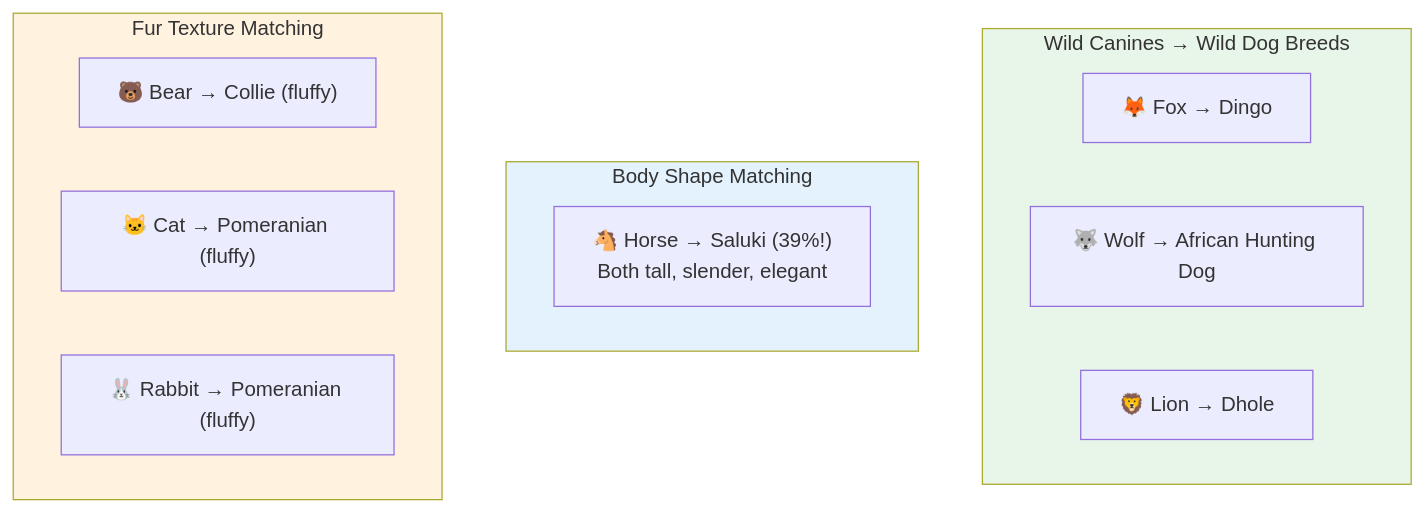
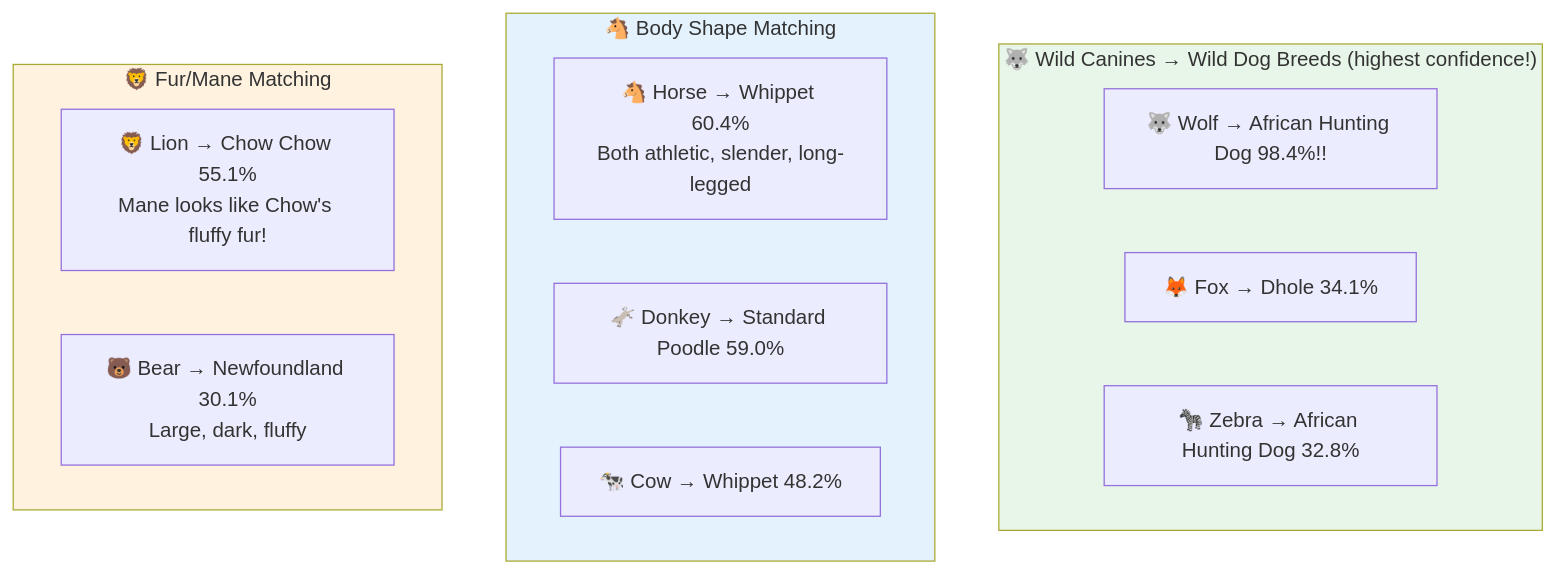
Diagram 24 of 31 in README.md (hadarwayn/L41-Which-dog-are-you-), drawn with Mermaid before and after one commit. The commit also changed other lines of this file, not shown here.

````diff
--- a/README.md
+++ b/README.md
@@ -586,22 +589,23 @@
 ```mermaid
 flowchart TD
-    subgraph Wild["Wild Canines → Wild Dog Breeds"]
-        F["🦊 Fox → Dingo"]
-        W["🐺 Wolf → African Hunting Dog"]
-        L["🦁 Lion → Dhole"]
+    subgraph Wild["🐺 Wild Canines → Wild Dog Breeds (highest confidence!)"]
+        W["🐺 Wolf → African Hunting Dog 98.4%!!"]
+        F["🦊 Fox → Dhole 34.1%"]
+        Z["🦓 Zebra → African Hunting Dog 32.8%"]
     end
 
-    subgraph Shape["Body Shape Matching"]
-        H["🐴 Horse → Saluki (39%!)<br/>Both tall, slender, elegant"]
+    subgraph Shape["🐴 Body Shape Matching"]
+        H["🐴 Horse → Whippet 60.4%<br/>Both athletic, slender, long-legged"]
+        D["🫏 Donkey → Standard Poodle 59.0%"]
+        Co["🐄 Cow → Whippet 48.2%"]
     end
 
-    subgraph Fur["Fur Texture Matching"]
-        B["🐻 Bear → Collie (fluffy)"]
-        C["🐱 Cat → Pomeranian (fluffy)"]
-        R["🐰 Rabbit → Pomeranian (fluffy)"]
+    subgraph Fur["🦁 Fur/Mane Matching"]
+        L["🦁 Lion → Chow Chow 55.1%<br/>Mane looks like Chow's fluffy fur!"]
+        B["🐻 Bear → Newfoundland 30.1%<br/>Large, dark, fluffy"]
     end
 
     style Wild fill:#e8f5e9
     style Shape fill:#e3f2fd
     style Fur fill:#fff3e0
 ```
````
